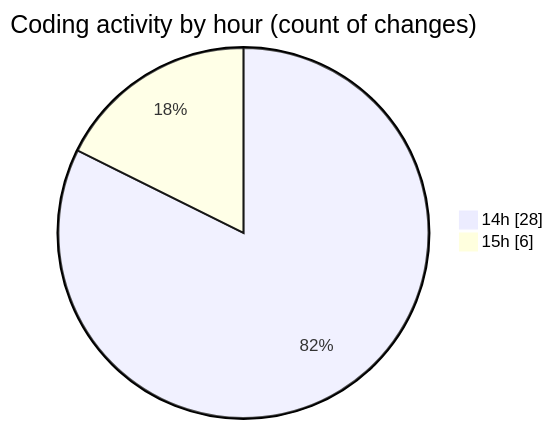
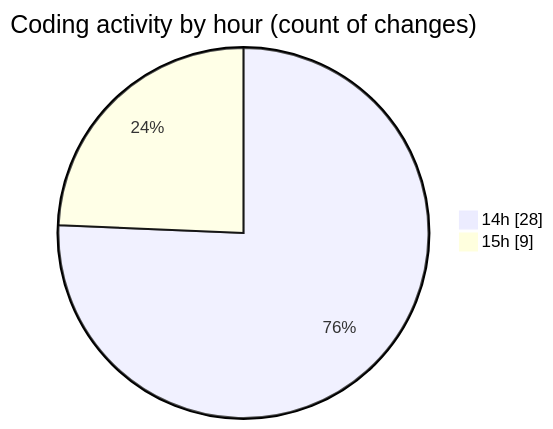
Before and after one commit to robertbonfada/code-tracking: the second of 2 diagrams in 2025-03-01/termonied_testador/README.md, drawn with Mermaid. The commit also changed other lines of this file and 1 other file, not shown here.

````diff
--- a/2025-03-01/termonied_testador/README.md
+++ b/2025-03-01/termonied_testador/README.md
@@ -37,6 +37,6 @@
 ```mermaid
 pie showData
 title Coding activity by hour (count of changes)
 "14h" : 28
-"15h" : 6
+"15h" : 9
 ```
````
